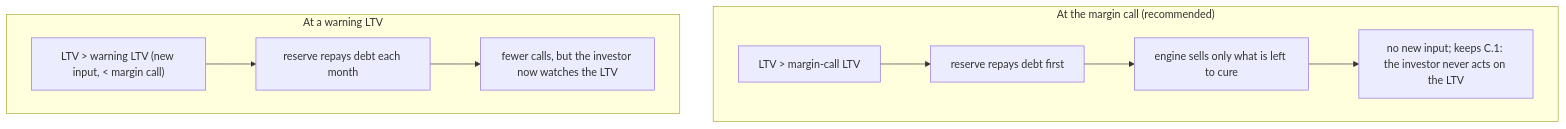
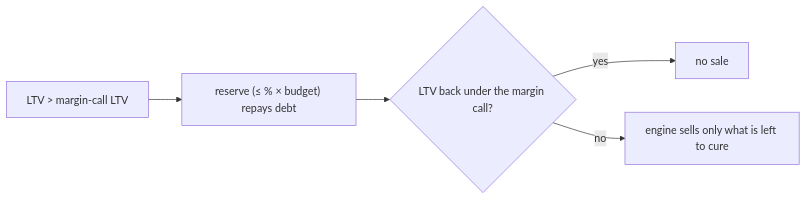
Before and after one commit to vibqetowi/leveraged-investing-simulator: the seventh of 7 diagrams in docs/plan.md, drawn with Mermaid. The commit also changed other lines of this file and 21 other files, not shown here.

````diff
--- a/docs/plan.md
+++ b/docs/plan.md
@@ -325,11 +674,6 @@
 ```mermaid
-flowchart TB
-    subgraph MC["At the margin call (recommended)"]
-        A1["LTV > margin-call LTV"] --> A2["reserve repays debt first"] --> A3["engine sells only what is left to cure"]
-        A3 --> A4["no new input; keeps C.1: the investor never acts on the LTV"]
-    end
-    subgraph W["At a warning LTV"]
-        B1["LTV > warning LTV (new input, < margin call)"] --> B2["reserve repays debt each month"]
-        B2 --> B3["fewer calls, but the investor now watches the LTV"]
-    end
+flowchart LR
+    A1["LTV > margin-call LTV"] --> A2["reserve (≤ % × budget) repays debt"] --> A3{"LTV back under the margin call?"}
+    A3 -->|yes| A4["no sale"]
+    A3 -->|no| A5["engine sells only what is left to cure"]
 ```
````
